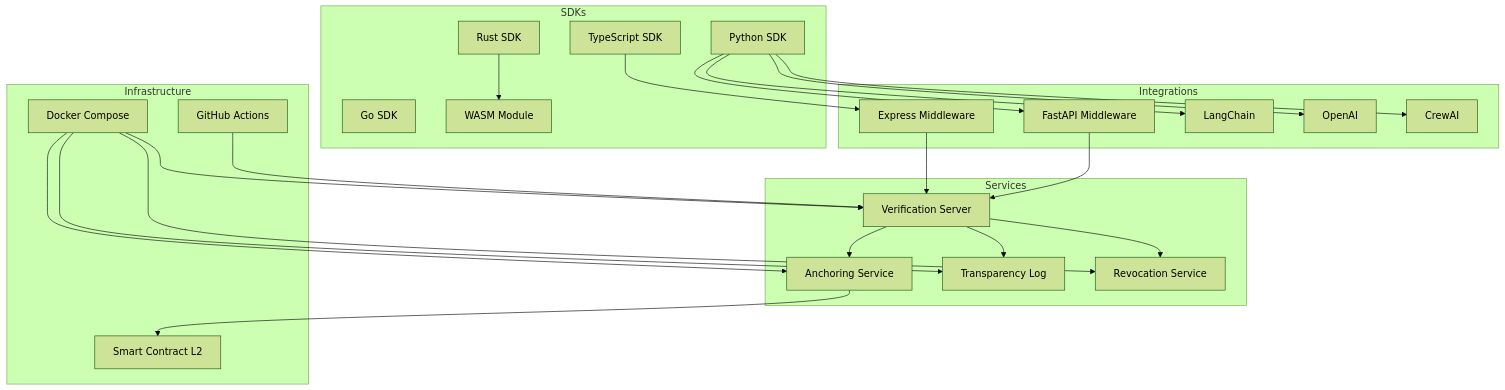
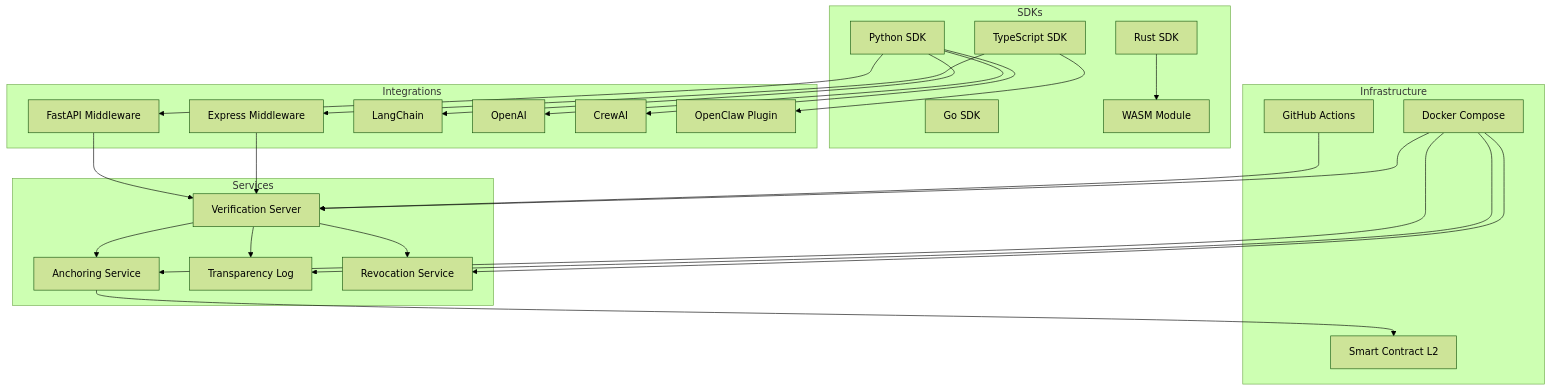
The diagram in README.md (dcp-ai-protocol/dcp-ai), drawn with Mermaid (forest theme) before and after one commit. The commit also changed other lines of this file and 10 other files, not shown here.

Commit message:
feat: add OpenClaw plugin integration (DCP identity, intent, audit tools)

````diff
--- a/README.md
+++ b/README.md
@@ -71,50 +71,52 @@
 ```mermaid
 graph TB
   subgraph sdks [SDKs]
     TS["TypeScript SDK"]
     PY["Python SDK"]
     GO["Go SDK"]
     RS["Rust SDK"]
     WA["WASM Module"]
   end
 
   subgraph integrations [Integrations]
     EX["Express Middleware"]
     FA["FastAPI Middleware"]
     LC["LangChain"]
     OA["OpenAI"]
     CR["CrewAI"]
+    OC["OpenClaw Plugin"]
   end
 
   subgraph services [Services]
     VER["Verification Server"]
     ANC["Anchoring Service"]
     TL["Transparency Log"]
     REV["Revocation Service"]
   end
 
   subgraph infra [Infrastructure]
     SOL["Smart Contract L2"]
     GH["GitHub Actions"]
     DK["Docker Compose"]
   end
 
   TS --> EX
+  TS --> OC
   PY --> FA
   PY --> LC
   PY --> OA
   PY --> CR
   RS --> WA
 
   EX --> VER
   FA --> VER
   VER --> ANC
   VER --> TL
   VER --> REV
   ANC --> SOL
   DK --> VER
   DK --> ANC
   DK --> TL
   DK --> REV
   GH --> VER
 ```
````
